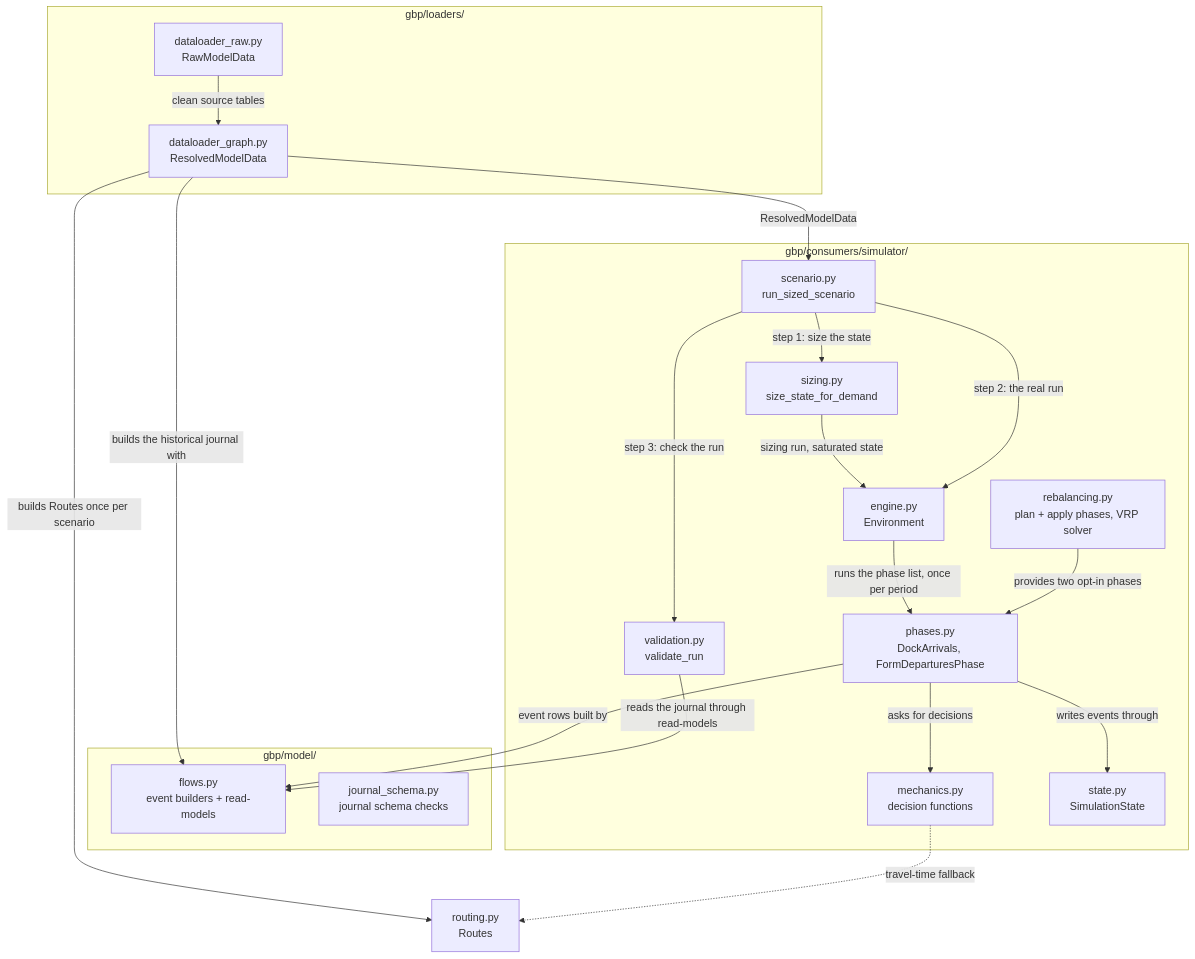
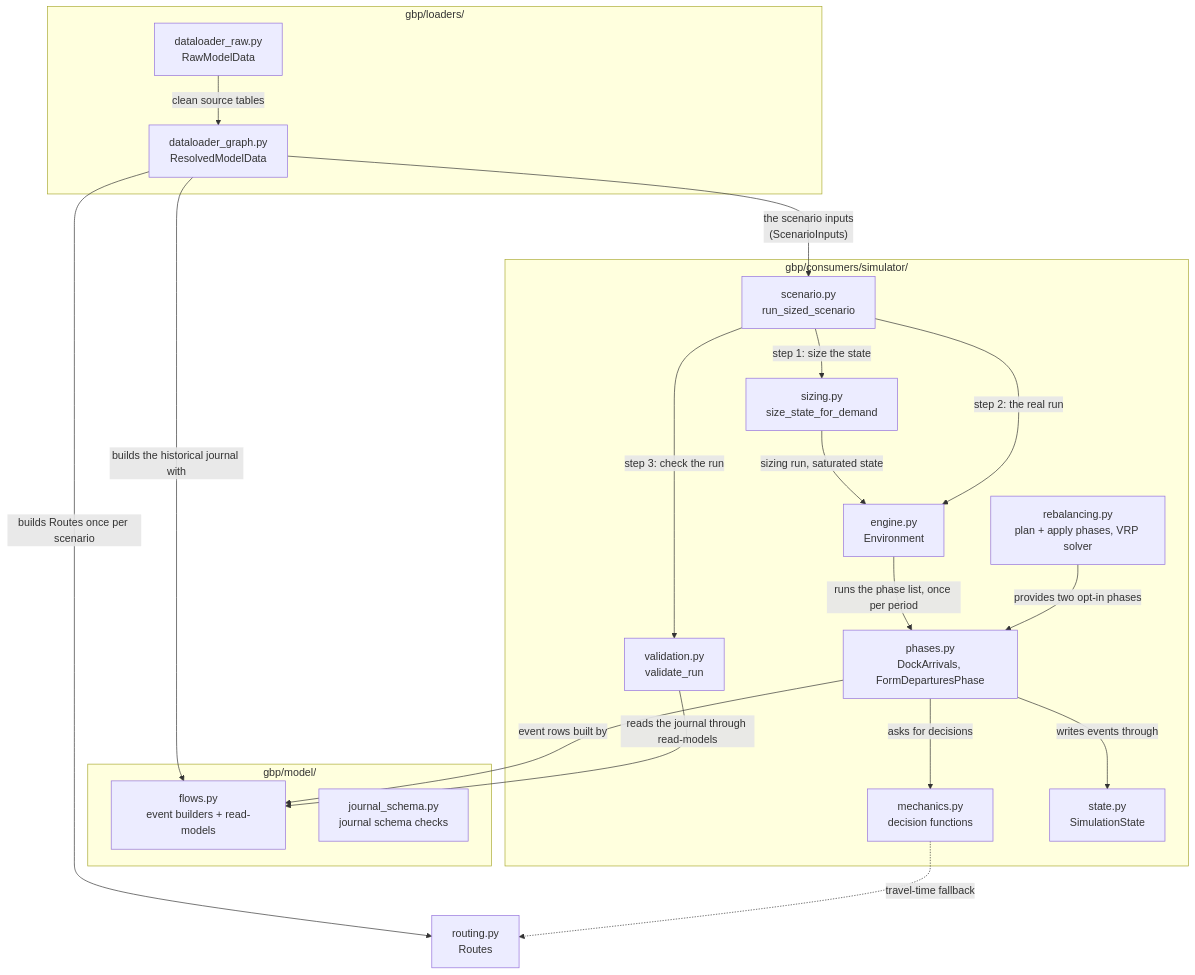
One commit to vlzm/GFDRR changed the third of 4 diagrams in docs/explanation/architecture.md. Above: the diagram before and after it, drawn with Mermaid. The commit also changed other lines of this file and 13 other files, not shown here.

Commit message:
feat: introduce ScenarioInputs contract for simulator input tables

````diff
--- a/docs/explanation/architecture.md
+++ b/docs/explanation/architecture.md
@@ -105,38 +107,38 @@
 ```mermaid
 flowchart TB
     subgraph loaders["gbp/loaders/"]
         raw["dataloader_raw.py<br/>RawModelData"]
         resolved["dataloader_graph.py<br/>ResolvedModelData"]
     end
     subgraph model["gbp/model/"]
         flows["flows.py<br/>event builders + read-models"]
         schema["journal_schema.py<br/>journal schema checks"]
     end
     routing["routing.py<br/>Routes"]
     subgraph sim["gbp/consumers/simulator/"]
         scenario["scenario.py<br/>run_sized_scenario"]
         sizing["sizing.py<br/>size_state_for_demand"]
         engine["engine.py<br/>Environment"]
         phases["phases.py<br/>DockArrivals, FormDeparturesPhase"]
         rebalancing["rebalancing.py<br/>plan + apply phases, VRP solver"]
         mechanics["mechanics.py<br/>decision functions"]
         state["state.py<br/>SimulationState"]
         validation["validation.py<br/>validate_run"]
     end
 
     raw -->|"clean source tables"| resolved
     resolved -->|"builds Routes once per scenario"| routing
     resolved -->|"builds the historical journal with"| flows
-    resolved -->|"ResolvedModelData"| scenario
+    resolved -->|"the scenario inputs<br/>(ScenarioInputs)"| scenario
     scenario -->|"step 1: size the state"| sizing
     sizing -->|"sizing run, saturated state"| engine
     scenario -->|"step 2: the real run"| engine
     scenario -->|"step 3: check the run"| validation
     engine -->|"runs the phase list, once per period"| phases
     rebalancing -->|"provides two opt-in phases"| phases
     phases -->|"asks for decisions"| mechanics
     phases -->|"writes events through"| state
     phases -->|"event rows built by"| flows
     validation -->|"reads the journal through read-models"| flows
     mechanics -.->|"travel-time fallback"| routing
 ```
````
